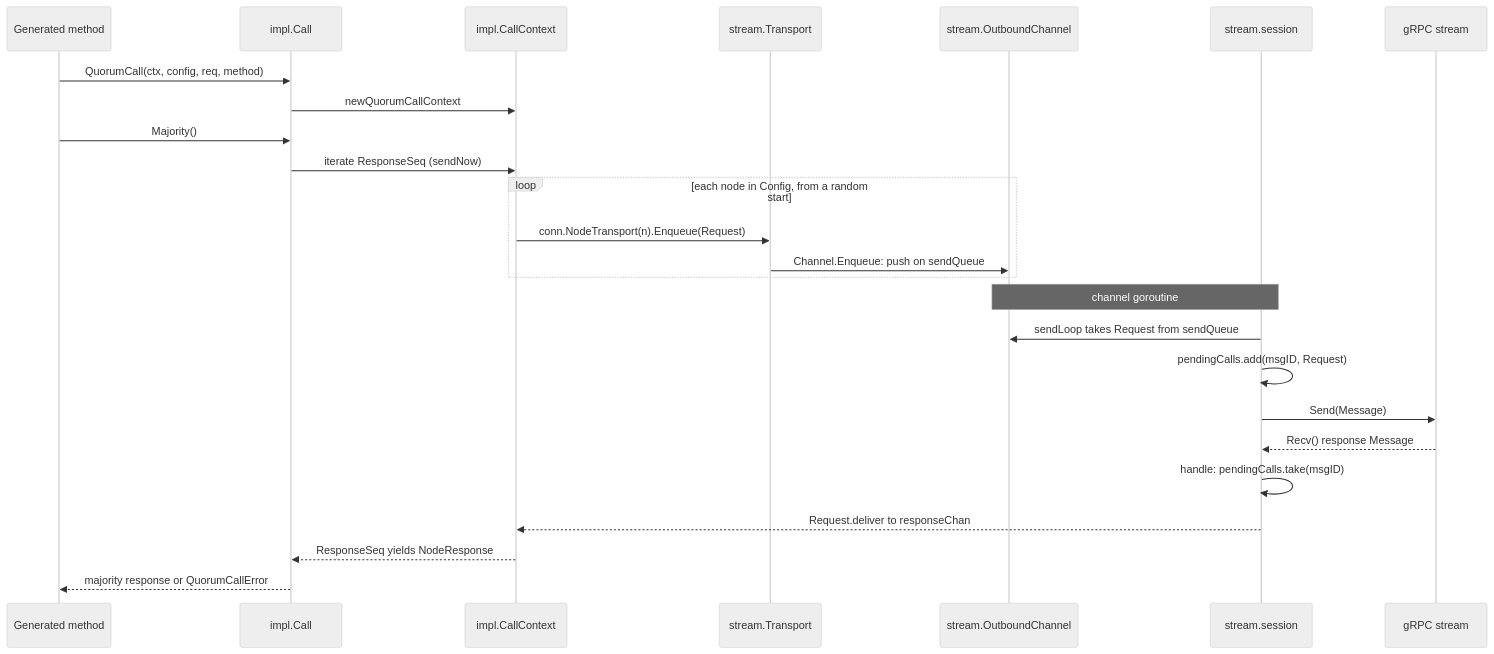
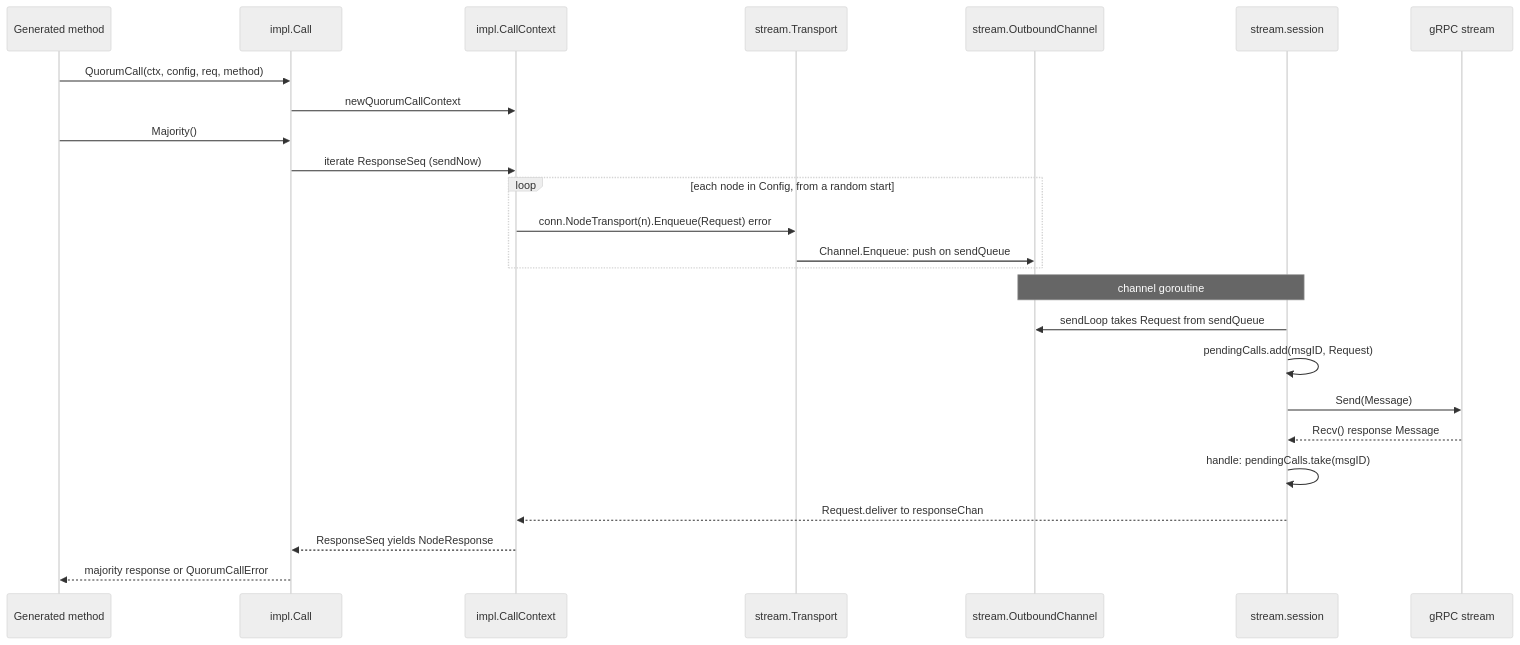
The eighth of 10 diagrams in doc/dev-guide.md (relab/gorums), drawn with Mermaid (neutral theme) before and after one commit. The commit also changed other lines of this file and 31 other files, not shown here.

````diff
--- a/doc/dev-guide.md
+++ b/doc/dev-guide.md
@@ -608,28 +610,28 @@
 ```mermaid
 sequenceDiagram
     participant Gen as Generated method
     participant Call as impl.Call
     participant CC as impl.CallContext
     participant T as stream.Transport
     participant Ch as stream.OutboundChannel
     participant S as stream.session
     participant G as gRPC stream
 
     Gen->>Call: QuorumCall(ctx, config, req, method)
     Call->>CC: newQuorumCallContext
     Gen->>Call: Majority()
     Call->>CC: iterate ResponseSeq (sendNow)
     loop each node in Config, from a random start
-        CC->>T: conn.NodeTransport(n).Enqueue(Request)
+        CC->>T: conn.NodeTransport(n).Enqueue(Request) error
         T->>Ch: Channel.Enqueue: push on sendQueue
     end
     Note over Ch,S: channel goroutine
     S->>Ch: sendLoop takes Request from sendQueue
     S->>S: pendingCalls.add(msgID, Request)
     S->>G: Send(Message)
     G-->>S: Recv() response Message
     S->>S: handle: pendingCalls.take(msgID)
     S-->>CC: Request.deliver to responseChan
     CC-->>Call: ResponseSeq yields NodeResponse
     Call-->>Gen: majority response or QuorumCallError
 ```
````
